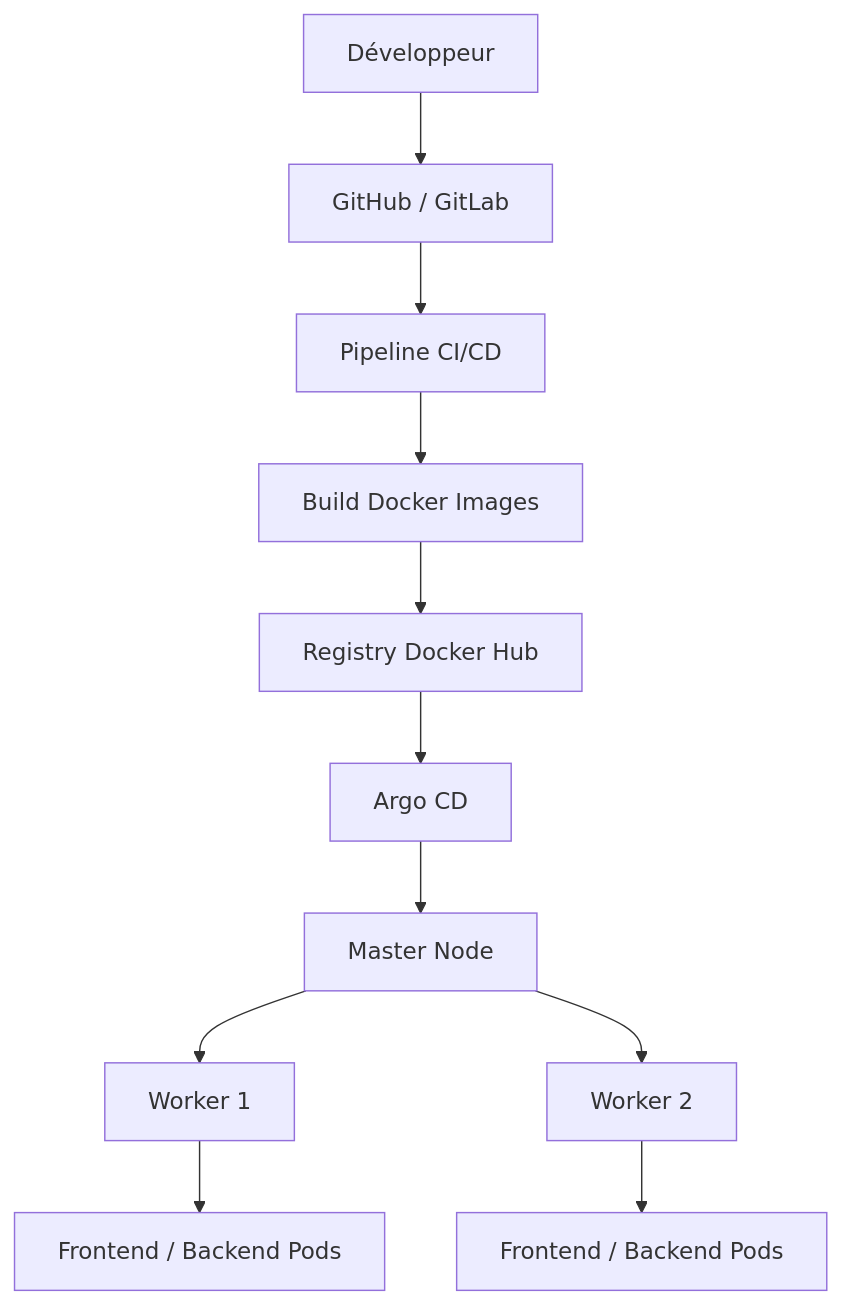
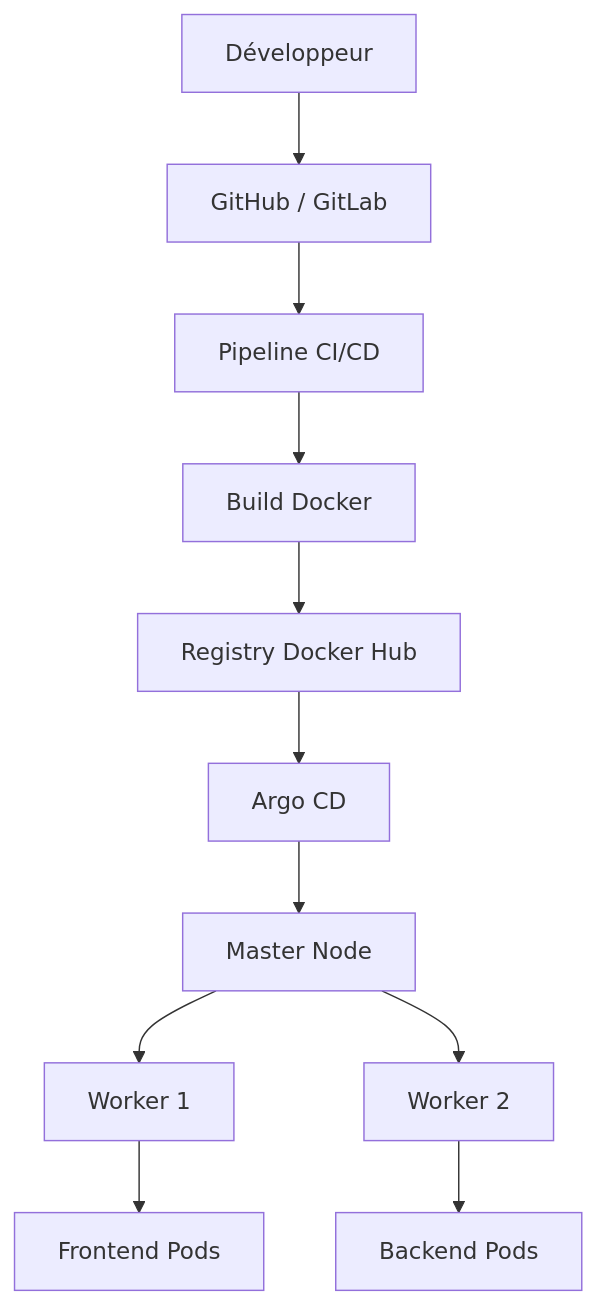
The first of 4 diagrams in README.md (najeh-toumi-devops/k8s-demo-app), drawn with Mermaid before and after one commit. The commit also changed other lines of this file and 1 other file, not shown here.

Commit message:
Add Argo CD GitOps manifest and deployment docs

````diff
--- a/README.md
+++ b/README.md
@@ -34,13 +43,13 @@
 ```mermaid
 flowchart TD
     Dev[Développeur] --> Git[GitHub / GitLab]
     Git --> CI[Pipeline CI/CD]
-    CI --> Build[Build Docker Images]
-    Build --> Registry[Registry Docker Hub]
-    Registry --> Argo[Argo CD]
+    CI --> Build[Build Docker]
+    Build --> Reg[Registry Docker Hub]
+    Reg --> Argo[Argo CD]
     Argo --> Master[Master Node]
     Master --> W1[Worker 1]
     Master --> W2[Worker 2]
-    W1 --> App1[Frontend / Backend Pods]
-    W2 --> App2[Frontend / Backend Pods]
+    W1 --> FE[Frontend Pods]
+    W2 --> BE[Backend Pods]
 ```
````
